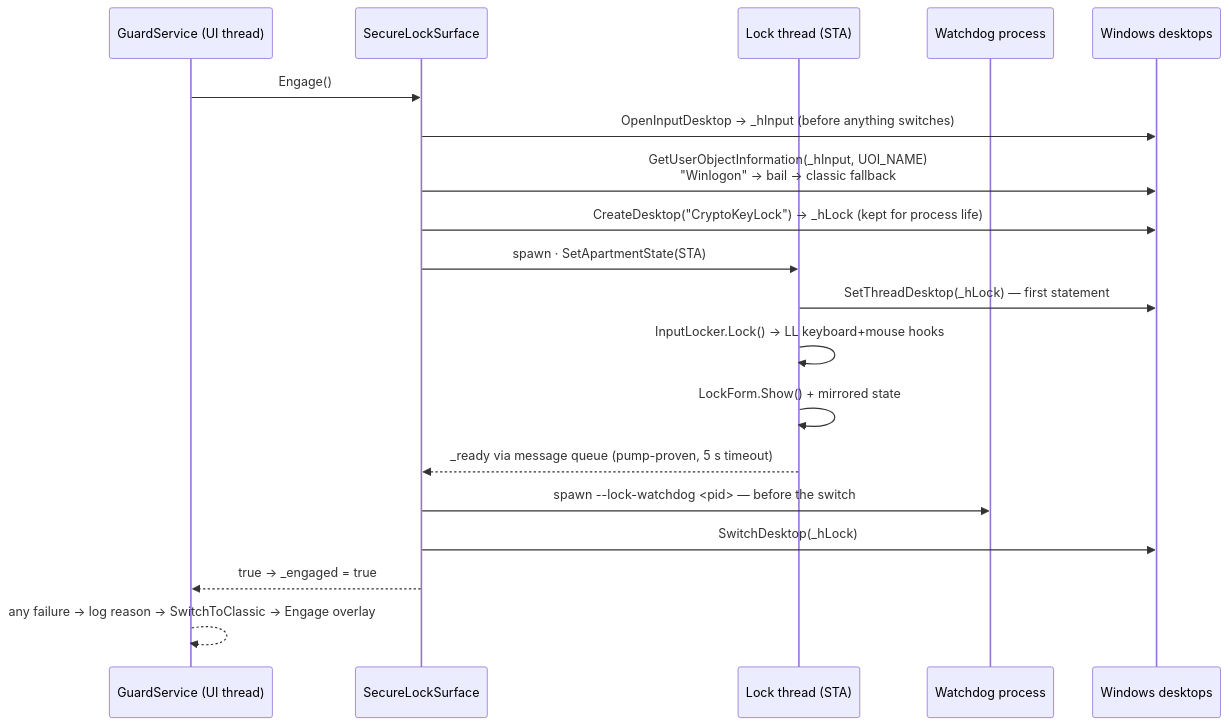
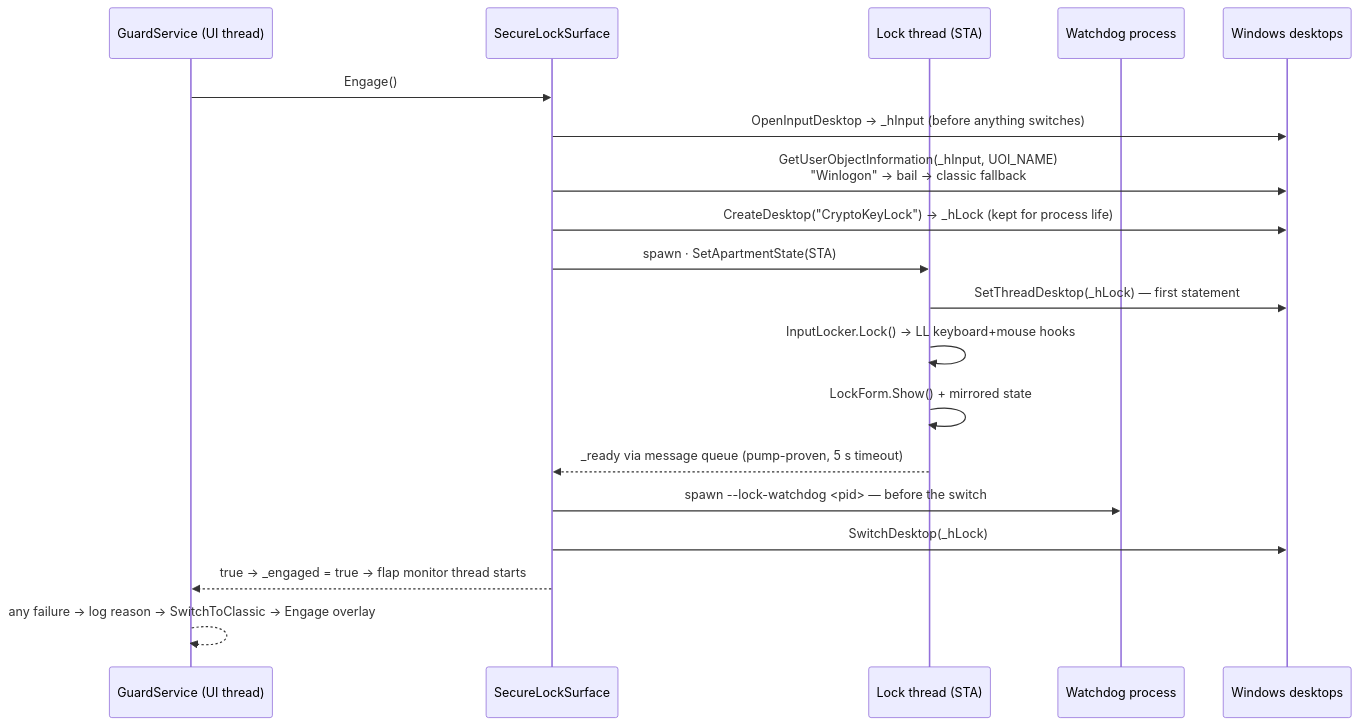
The second of 6 diagrams in docs/lifecycle.md (Alby2007/CryptoKey), drawn with Mermaid before and after one commit. The commit also changed other lines of this file and 9 other files, not shown here.

First line of the commit message:
Add desktop-flap monitor — close the SwitchDesktop-away hole

````diff
--- a/docs/lifecycle.md
+++ b/docs/lifecycle.md
@@ -44,22 +44,22 @@
 ```mermaid
 sequenceDiagram
     participant GS as GuardService (UI thread)
     participant SS as SecureLockSurface
     participant LT as Lock thread (STA)
     participant WD as Watchdog process
     participant WIN as Windows desktops
 
     GS->>SS: Engage()
     SS->>WIN: OpenInputDesktop → _hInput (before anything switches)
     SS->>WIN: GetUserObjectInformation(_hInput, UOI_NAME)<br/>"Winlogon" → bail → classic fallback
     SS->>WIN: CreateDesktop("CryptoKeyLock") → _hLock (kept for process life)
     SS->>LT: spawn · SetApartmentState(STA)
     LT->>WIN: SetThreadDesktop(_hLock) — first statement
     LT->>LT: InputLocker.Lock() → LL keyboard+mouse hooks
     LT->>LT: LockForm.Show() + mirrored state
     LT-->>SS: _ready via message queue (pump-proven, 5 s timeout)
     SS->>WD: spawn --lock-watchdog <pid> — before the switch
     SS->>WIN: SwitchDesktop(_hLock)
-    SS-->>GS: true → _engaged = true
+    SS-->>GS: true → _engaged = true → flap monitor thread starts
     GS-->>GS: any failure → log reason → SwitchToClassic → Engage overlay
 ```
````
